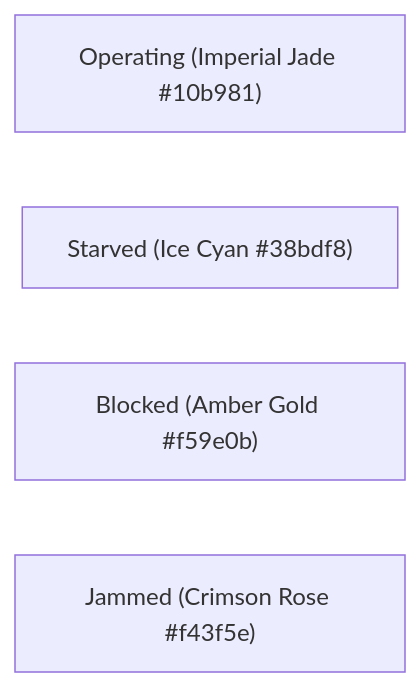
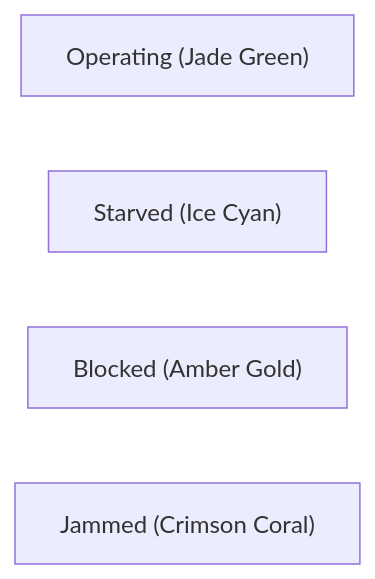
The diagram in docs/architecture/05-osaka-jade-design.md (omeaga1/process-forge), drawn with Mermaid before and after one commit. The commit also changed other lines of this file and 57 other files, not shown here.

````diff
--- a/docs/architecture/05-osaka-jade-design.md
+++ b/docs/architecture/05-osaka-jade-design.md
@@ -34,7 +53,7 @@
 ```mermaid
 graph LR
-    Operating["Operating (Imperial Jade #10b981)"]
-    Starved["Starved (Ice Cyan #38bdf8)"]
-    Blocked["Blocked (Amber Gold #f59e0b)"]
-    Failed["Jammed (Crimson Rose #f43f5e)"]
+    Operating["Operating (Jade Green)"]
+    Starved["Starved (Ice Cyan)"]
+    Blocked["Blocked (Amber Gold)"]
+    Failed["Jammed (Crimson Coral)"]
 ```
````
